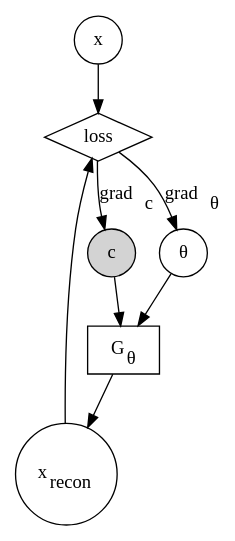
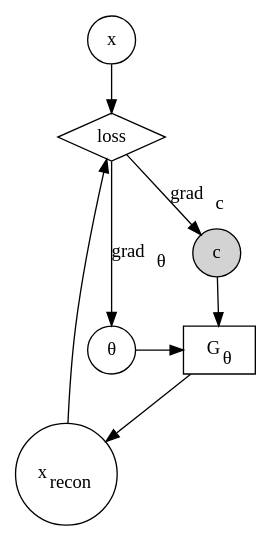
Before and after one commit to dohmatob/thesis: the diagram in figures/gen_model.dot, drawn with Graphviz. The commit also changed 5 other files, not shown here.

```diff
--- a/figures/gen_model.dot
+++ b/figures/gen_model.dot
@@ -1,21 +1,21 @@
 digraph {
 // rankdir = LR; //order things from left to right
 
 // y [shape=circle]
 x [shape=circle];
 x_ [shape=circle, label=<x<SUB>recon</SUB>>];
 z [shape=circle, style=filled, label="c"];
 theta [shape=circle, label="&theta;"];
 G [shape=rectangle, label=<G<SUB>&theta;</SUB>>];
 // F [shape=rectangle, label=<F<SUB>&phi;</SUB>>];
 loss [shape=diamond, label=loss];
 
 z -> G -> x_;
 x_ -> loss;
 x -> loss;
 theta -> G;
 loss -> theta [label=<grad<SUB>&theta;</SUB>>];
 loss -> z [label=<grad<SUB>c</SUB>>];
 
-{rank=x; theta z; G; x_; loss}
+{rank = same; theta; G};
 }
```
